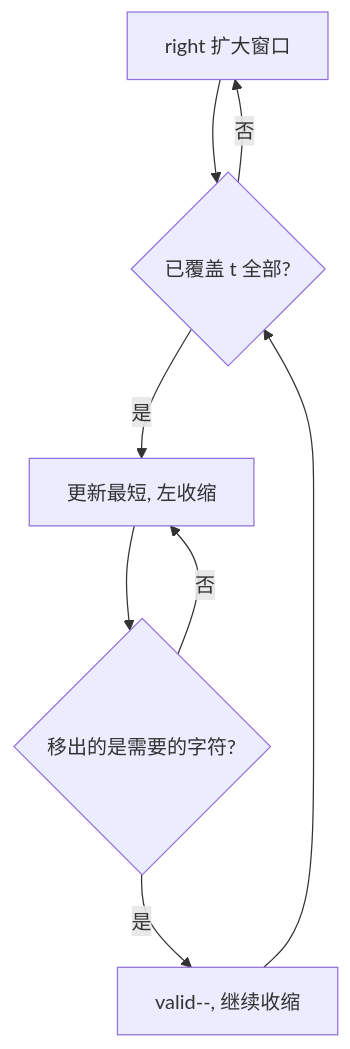
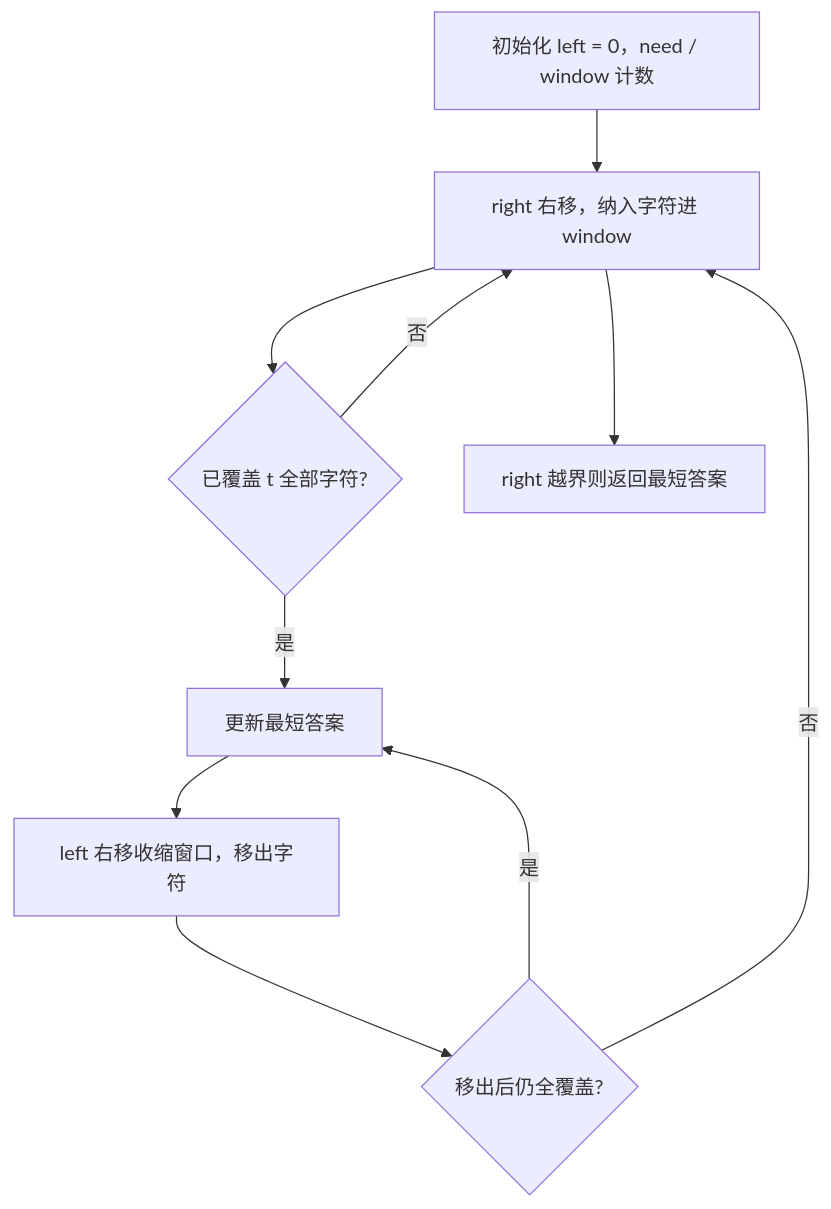
One commit to OctalZero/hot100-py changed the first of 2 diagrams in 04-子串前缀和/0076-最小覆盖子串.md. Above: the diagram before and after it, drawn with Mermaid. The commit also changed other lines of this file and 117 other files, not shown here.

First line of the commit message:
feat: 全题解配图升级为「动画式 mermaid」（总览骨架 + 横向时间线逐步推演）

````diff
--- a/04-子串前缀和/0076-最小覆盖子串.md
+++ b/04-子串前缀和/0076-最小覆盖子串.md
@@ -5,10 +5,12 @@
 ```mermaid
 flowchart TD
-    A["right 扩大窗口"] --> B{"已覆盖 t 全部?"}
-    B -- "是" --> C["更新最短, 左收缩"]
-    C --> D{"移出的是需要的字符?"}
-    D -- "是" --> E["valid--, 继续收缩"]
-    D -- "否" --> C
-    B -- "否" --> A
-    E --> B
+    A["初始化 left = 0，need / window 计数"] --> B["right 右移，纳入字符进 window"]
+    B --> C{"已覆盖 t 全部字符?"}
+    C -->|"否"| B
+    C -->|"是"| D["更新最短答案"]
+    D --> E["left 右移收缩窗口，移出字符"]
+    E --> F{"移出后仍全覆盖?"}
+    F -->|"是"| D
+    F -->|"否"| B
+    B --> G["right 越界则返回最短答案"]
 ```
````
